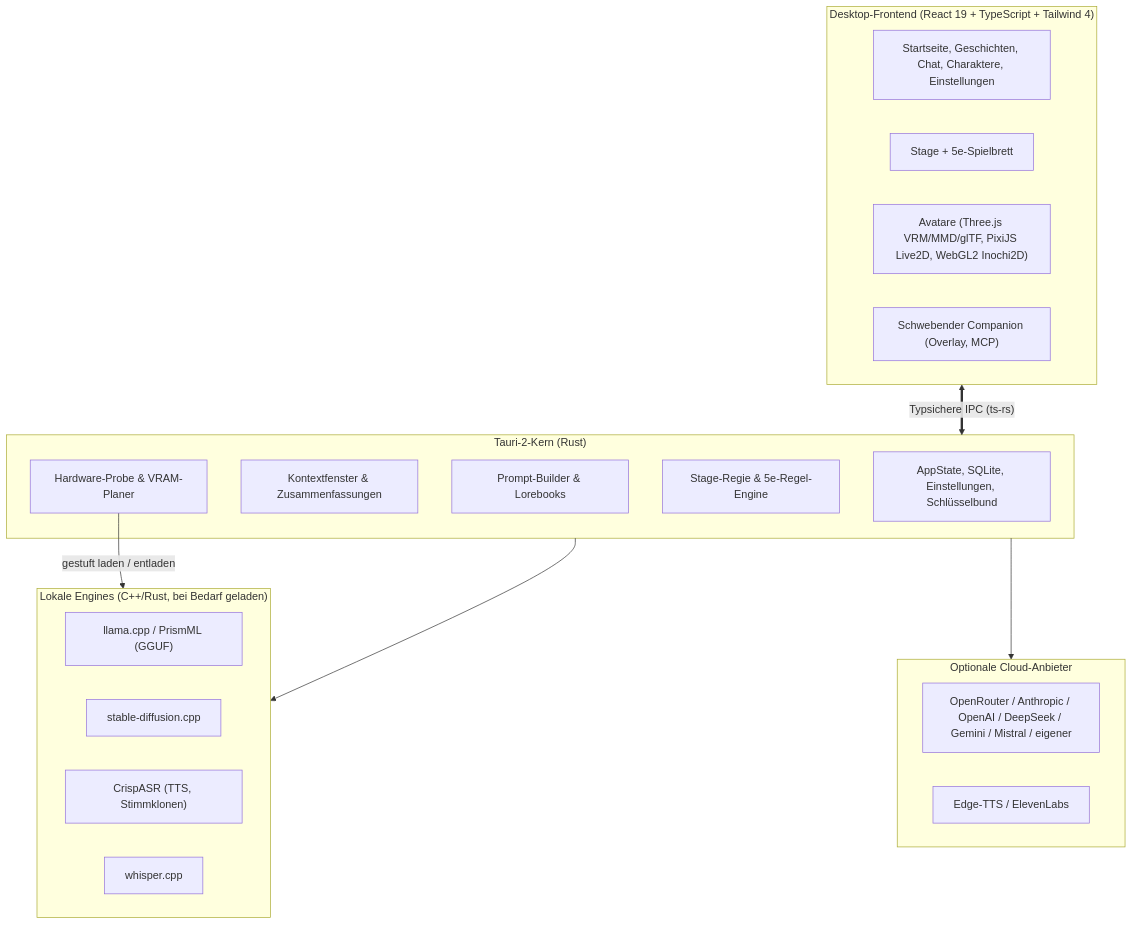
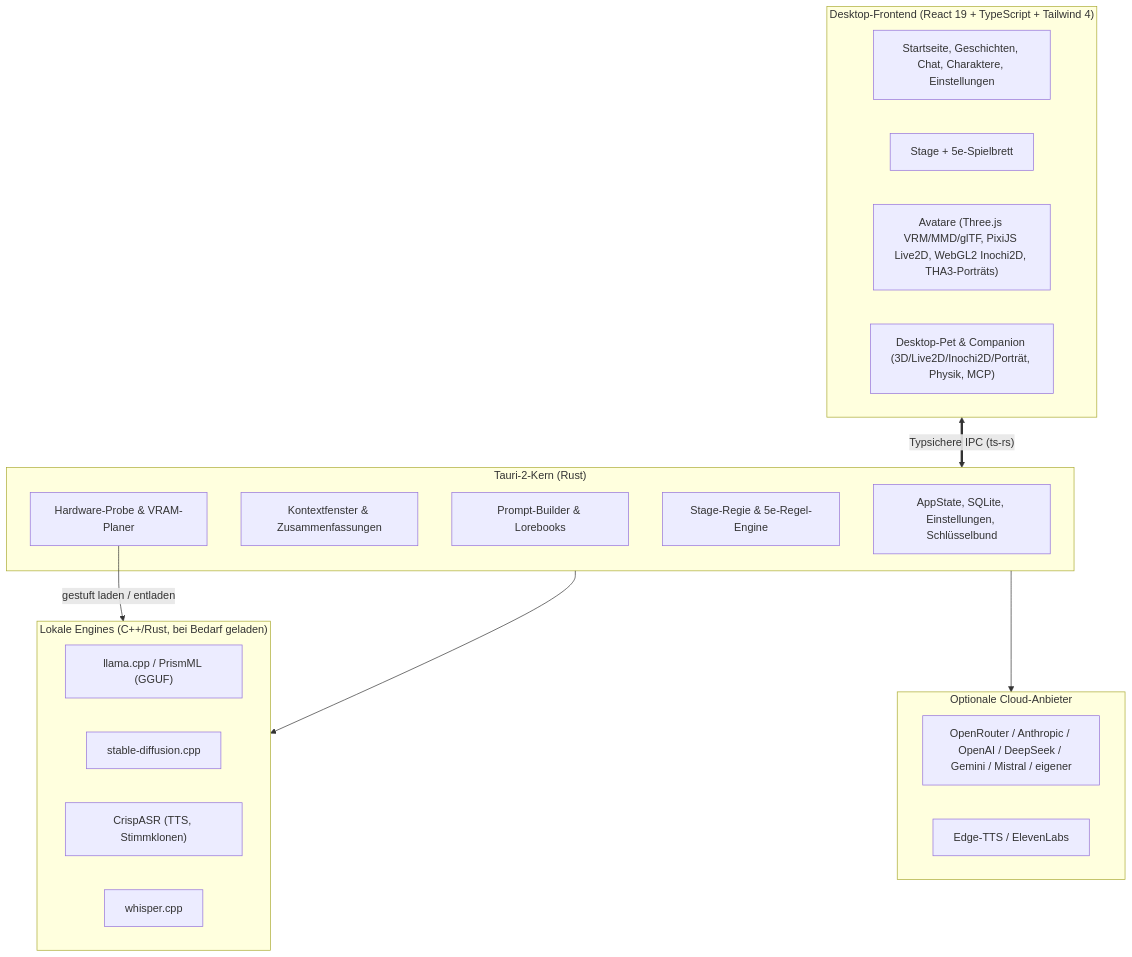
One commit to SnowwhiteOakheart/OtakuSoul changed the first of 2 diagrams in README.de.md. Above: the diagram before and after it, drawn with Mermaid. The commit also changed other lines of this file and 4 other files, not shown here.

````diff
--- a/README.de.md
+++ b/README.de.md
@@ -208,34 +208,34 @@
 ```mermaid
 flowchart TD
     subgraph Frontend["Desktop-Frontend (React 19 + TypeScript + Tailwind 4)"]
         UI["Startseite, Geschichten, Chat, Charaktere, Einstellungen"]
         StageUI["Stage + 5e-Spielbrett"]
-        AvatarUI["Avatare (Three.js VRM/MMD/glTF, PixiJS Live2D, WebGL2 Inochi2D)"]
-        CompanionUI["Schwebender Companion (Overlay, MCP)"]
+        AvatarUI["Avatare (Three.js VRM/MMD/glTF, PixiJS Live2D, WebGL2 Inochi2D, THA3-Porträts)"]
+        CompanionUI["Desktop-Pet & Companion (3D/Live2D/Inochi2D/Porträt, Physik, MCP)"]
     end
 
     subgraph TauriCore["Tauri-2-Kern (Rust)"]
         State["AppState, SQLite, Einstellungen, Schlüsselbund"]
         ContextMgr["Kontextfenster & Zusammenfassungen"]
         PromptBuilder["Prompt-Builder & Lorebooks"]
         Rules["Stage-Regie & 5e-Regel-Engine"]
         HardwareSched["Hardware-Probe & VRAM-Planer"]
     end
 
     subgraph LocalEngines["Lokale Engines (C++/Rust, bei Bedarf geladen)"]
         Llama["llama.cpp / PrismML (GGUF)"]
         SD["stable-diffusion.cpp"]
         Crisp["CrispASR (TTS, Stimmklonen)"]
         Whisper["whisper.cpp"]
     end
 
     subgraph Cloud["Optionale Cloud-Anbieter"]
         CloudLLM["OpenRouter / Anthropic / OpenAI / DeepSeek / Gemini / Mistral / eigener"]
         CloudTTS["Edge-TTS / ElevenLabs"]
     end
 
     Frontend <==>|"Typsichere IPC (ts-rs)"| TauriCore
     HardwareSched -->|"gestuft laden / entladen"| LocalEngines
     TauriCore --> LocalEngines
     TauriCore --> Cloud
 ```
````
